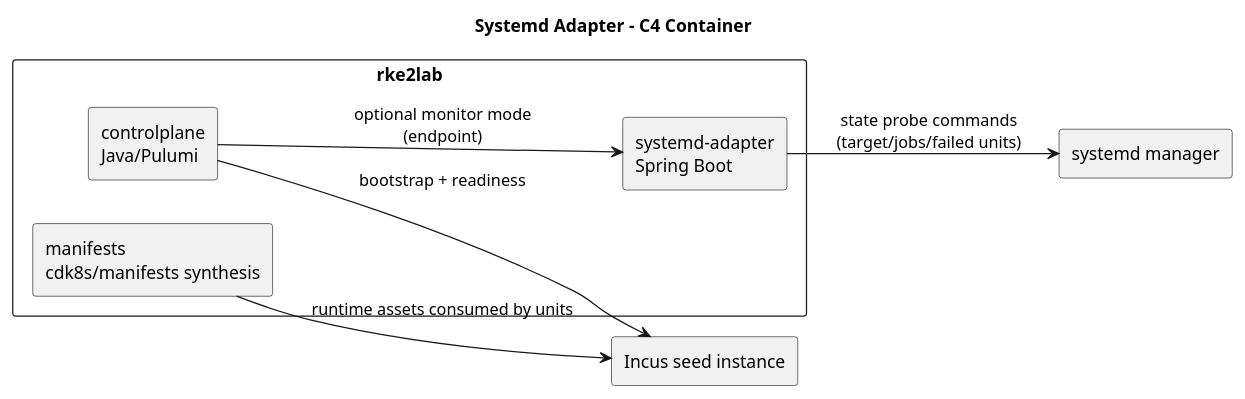
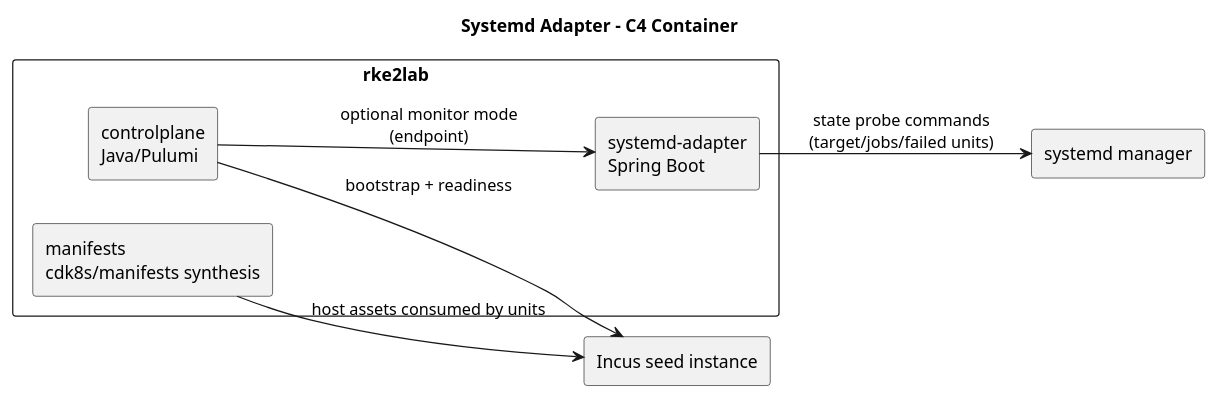
One commit to nxmatic/rke2lab changed the second of 4 diagrams in docs/systemd-dbus-adapter-architecture.adoc. Above: the diagram before and after it, drawn with PlantUML. The commit also changed 5 other files, not shown here.

First line of the commit message:
docs: standardize terminology to 'host assets' (not 'runtime assets')

```diff
--- a/docs/systemd-dbus-adapter-architecture.adoc
+++ b/docs/systemd-dbus-adapter-architecture.adoc
@@ -76,24 +76,24 @@
 [plantuml,systemd-adapter-container,svg]
 ----
 @startuml
 left to right direction
 skinparam shadowing false
 skinparam packageStyle rectangle
 
 title Systemd Adapter - C4 Container
 
 package "rke2lab" {
   rectangle "controlplane\nJava/Pulumi" as controlplane
   rectangle "systemd-adapter\nSpring Boot" as adapter
   rectangle "manifests\ncdk8s/manifests synthesis" as manifests
 }
 
 rectangle "Incus seed instance" as seed
 rectangle "systemd manager" as systemd
 
 controlplane --> adapter : optional monitor mode\n(endpoint)
 adapter --> systemd : state probe commands\n(target/jobs/failed units)
 controlplane --> seed : bootstrap + readiness
-manifests --> seed : runtime assets consumed by units
+manifests --> seed : host assets consumed by units
 @enduml
 ----
```
